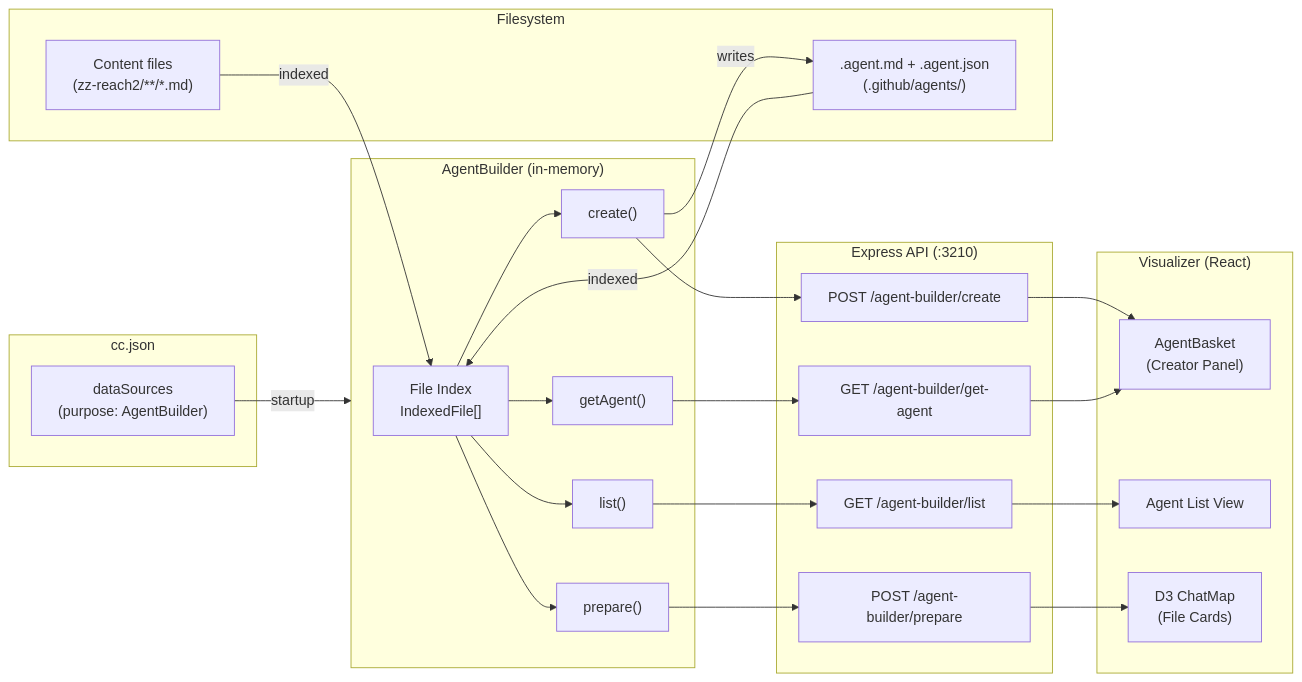
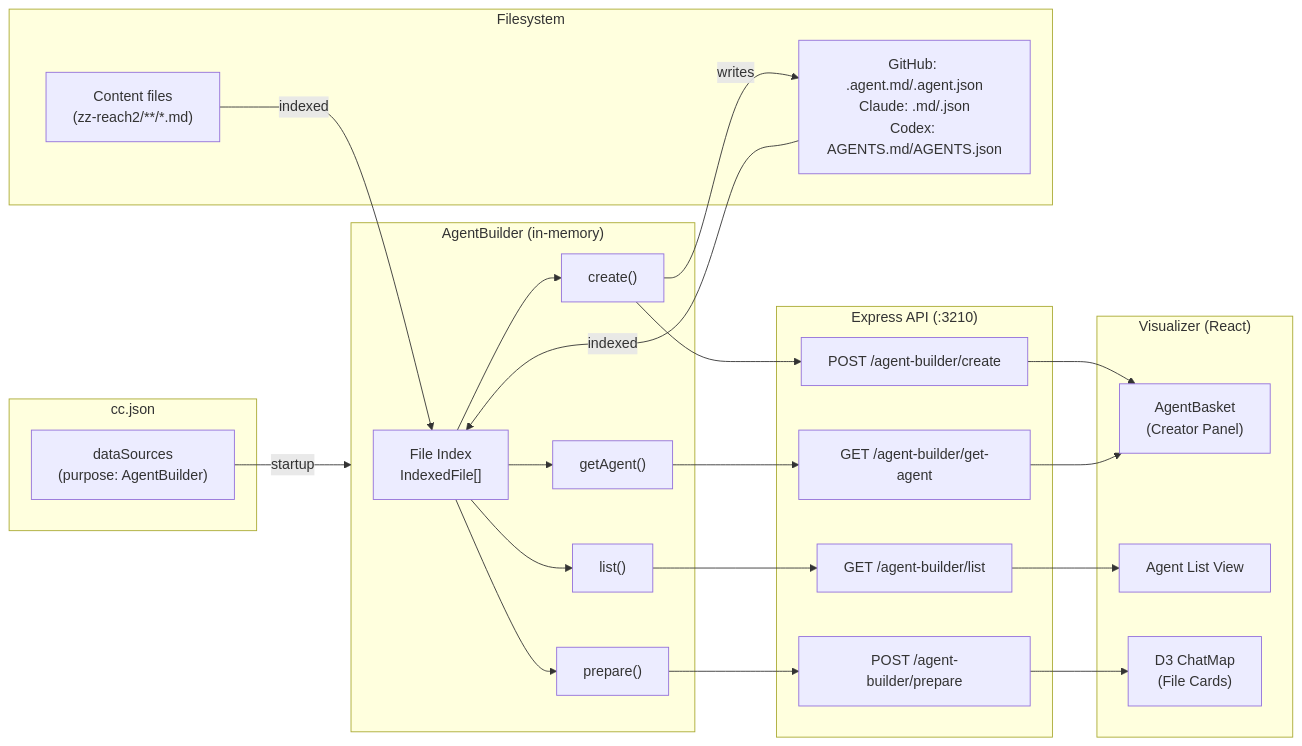
Before and after one commit to Kyliathy/context-core: the first of 12 diagrams in server/zz-reach2/architecture/agents/archi-agent-builder.md, drawn with Mermaid. The commit also changed other lines of this file and 23 other files, not shown here.

First line of the commit message:
feat(agent-builder): add Codex agent support and improve multi-path handling

````diff
--- a/server/zz-reach2/architecture/agents/archi-agent-builder.md
+++ b/server/zz-reach2/architecture/agents/archi-agent-builder.md
@@ -17,49 +17,49 @@
 ```mermaid
 flowchart LR
     subgraph Config["cc.json"]
         DS["dataSources<br/>(purpose: AgentBuilder)"]
     end
 
     subgraph AgentBuilder["AgentBuilder (in-memory)"]
         IDX["File Index<br/>IndexedFile[]"]
         PREP["prepare()"]
         CRT["create()"]
         LST["list()"]
         GET["getAgent()"]
     end
 
     subgraph API["Express API (:3210)"]
         E1["POST /agent-builder/prepare"]
         E2["POST /agent-builder/create"]
         E3["GET /agent-builder/list"]
         E4["GET /agent-builder/get-agent"]
     end
 
     subgraph Disk["Filesystem"]
         CONTENT["Content files<br/>(zz-reach2/**/*.md)"]
-        AGENTS[".agent.md + .agent.json<br/>(.github/agents/)"]
+        AGENTS["GitHub: .agent.md/.agent.json<br/>Claude: .md/.json<br/>Codex: AGENTS.md/AGENTS.json"]
     end
 
     subgraph UI["Visualizer (React)"]
         AB["AgentBasket<br/>(Creator Panel)"]
         AL["Agent List View"]
         D3["D3 ChatMap<br/>(File Cards)"]
     end
 
     DS -->|startup| AgentBuilder
     CONTENT -->|indexed| IDX
     AGENTS -->|indexed| IDX
     IDX --> PREP
     IDX --> CRT
     IDX --> LST
     IDX --> GET
     PREP --> E1
     CRT --> E2
     LST --> E3
     GET --> E4
     CRT -->|writes| AGENTS
     E1 --> D3
     E2 --> AB
     E3 --> AL
     E4 --> AB
 ```
````
